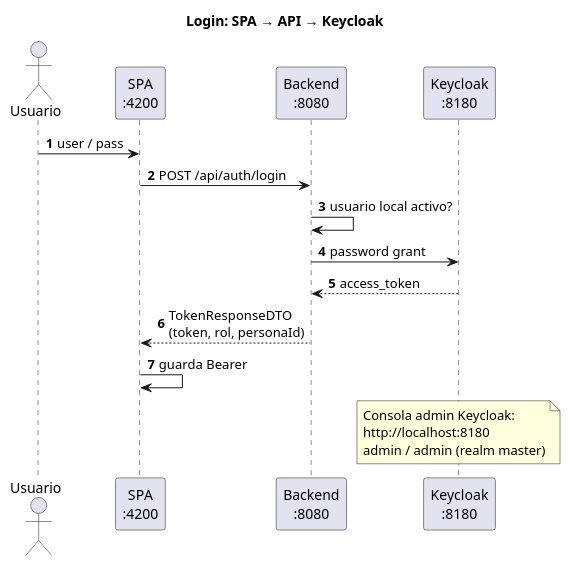
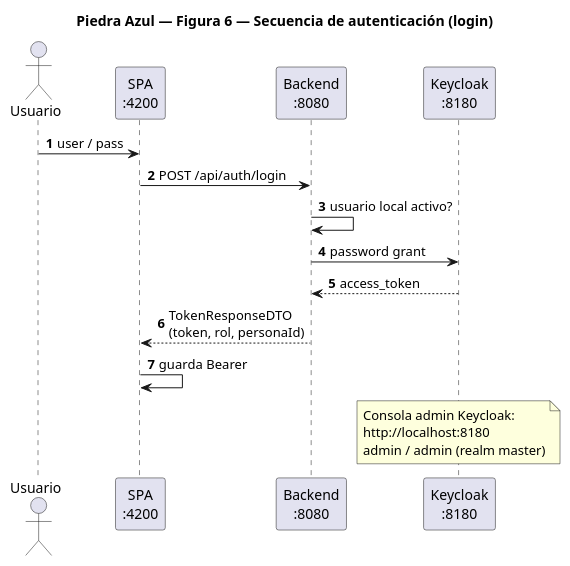
The diagram in diagramas-sad/06-secuencia-login.puml (jaimecharfuelan-pixel/Piedra-Azul), drawn with PlantUML before and after one commit. The commit also changed 8 other files, not shown here.

Commit message:
Diagramas SAD actualizados y añadidos

```diff
--- a/diagramas-sad/06-secuencia-login.puml
+++ b/diagramas-sad/06-secuencia-login.puml
@@ -1,26 +1,26 @@
 @startuml 00_login_keycloak
-title Login: SPA → API → Keycloak
+title Piedra Azul — Figura 6 — Secuencia de autenticación (login)
 skinparam backgroundColor white
 skinparam shadowing false
 autonumber
 
 actor Usuario
 participant "SPA\n:4200" as FE
 participant "Backend\n:8080" as BE
 participant "Keycloak\n:8180" as KC
 
 Usuario -> FE : user / pass
 FE -> BE : POST /api/auth/login
 BE -> BE : usuario local activo?
 BE -> KC : password grant
 KC --> BE : access_token
 BE --> FE : TokenResponseDTO\n(token, rol, personaId)
 FE -> FE : guarda Bearer
 
 note over KC
   Consola admin Keycloak:
   http://localhost:8180
   admin / admin (realm master)
 end note
 
 @enduml
```
